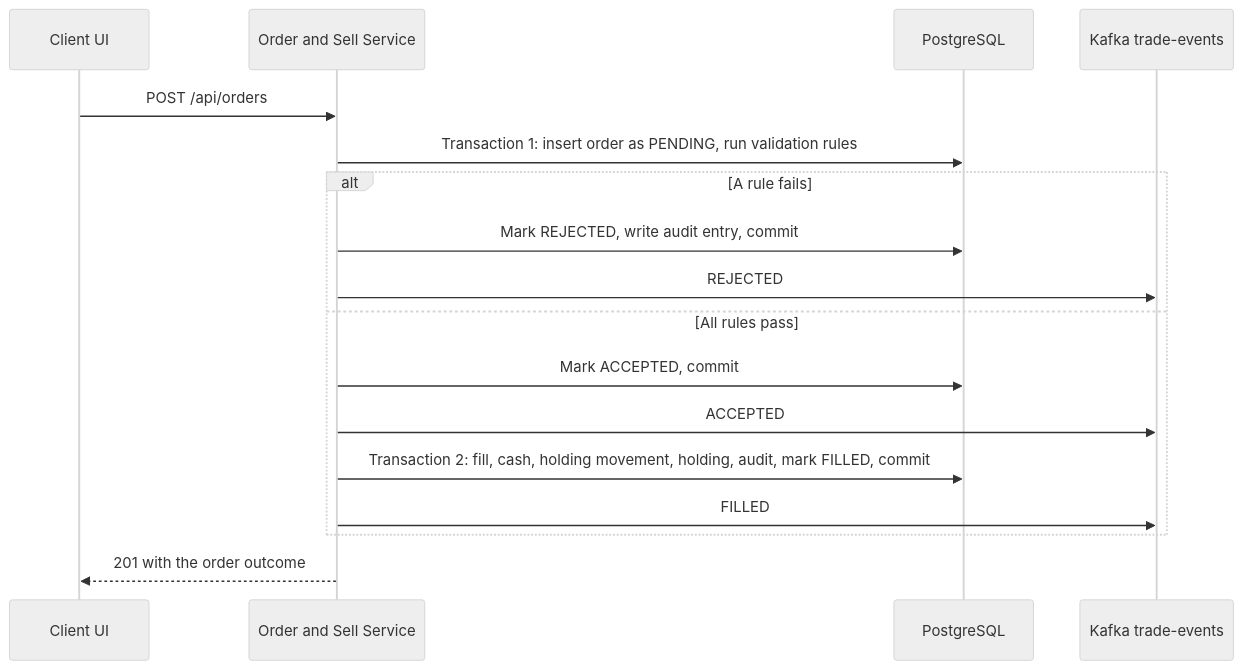
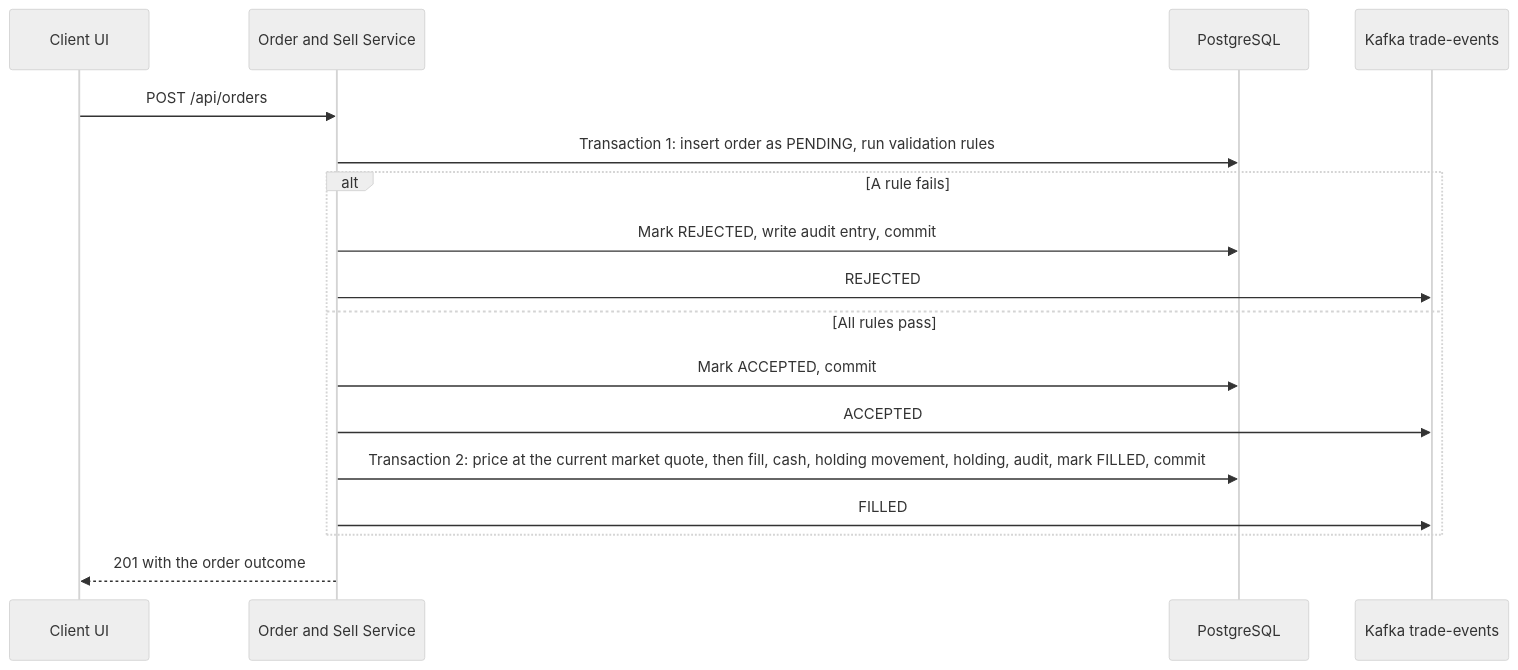
The third of 5 diagrams in README.md (seankcheema/trading-season), drawn with Mermaid (neutral theme) before and after one commit. The commit also changed other lines of this file and 243 other files, not shown here.

````diff
--- a/README.md
+++ b/README.md
@@ -126,21 +127,21 @@
 ```mermaid
 sequenceDiagram
     participant UI as Client UI
     participant OS as Order and Sell Service
     participant DB as PostgreSQL
 
     participant K as Kafka trade-events
 
     UI->>OS: POST /api/orders
     OS->>DB: Transaction 1: insert order as PENDING, run validation rules
     alt A rule fails
         OS->>DB: Mark REJECTED, write audit entry, commit
         OS->>K: REJECTED
     else All rules pass
         OS->>DB: Mark ACCEPTED, commit
         OS->>K: ACCEPTED
-        OS->>DB: Transaction 2: fill, cash, holding movement, holding, audit, mark FILLED, commit
+        OS->>DB: Transaction 2: price at the current market quote, then fill, cash, holding movement, holding, audit, mark FILLED, commit
         OS->>K: FILLED
     end
     OS-->>UI: 201 with the order outcome
 ```
````
